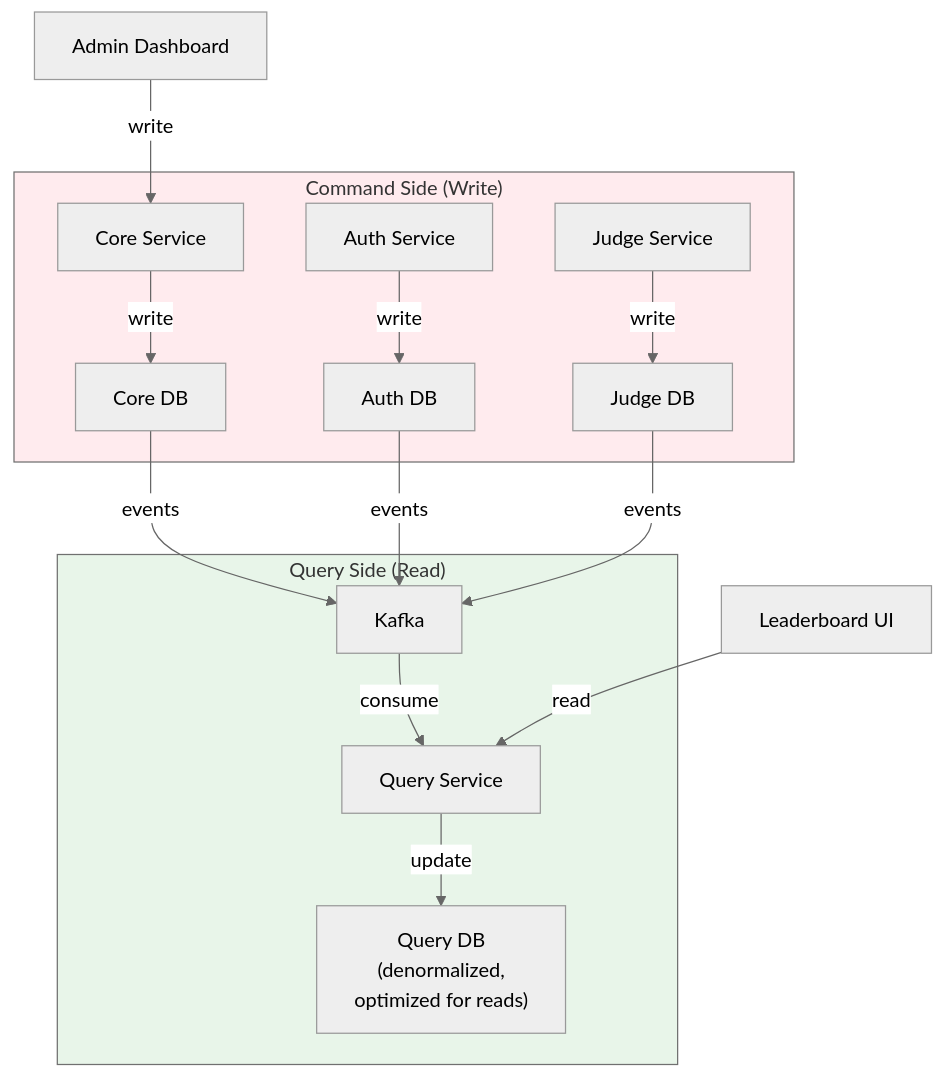
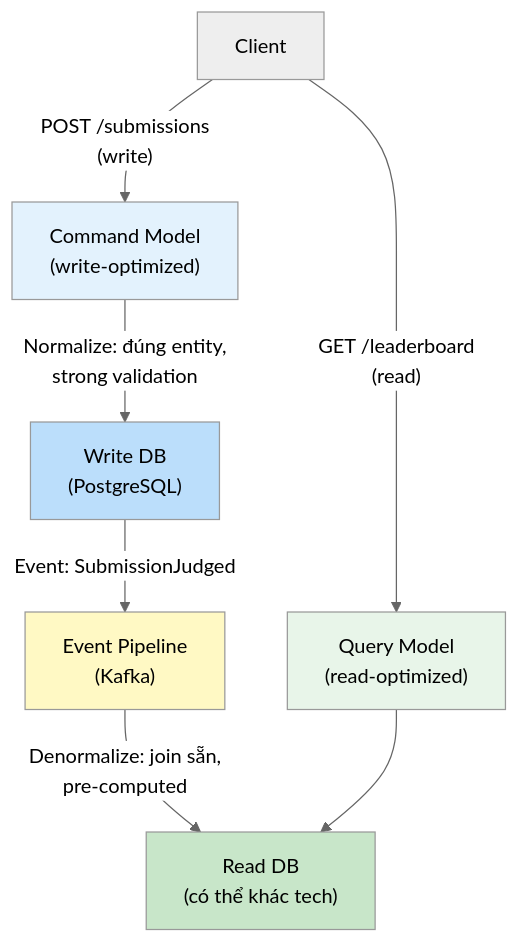
One commit to hungdn1701/ptit-microservice-textbook changed the seventh of 9 diagrams in manuscript/chapter-07.md. Above: the diagram before and after it, drawn with Mermaid (neutral theme). The commit also changed other lines of this file and 33 other files, not shown here.

````diff
--- a/manuscript/chapter-07.md
+++ b/manuscript/chapter-07.md
@@ -306,23 +291,20 @@
 ```mermaid
 graph TB
-    subgraph Command["Command Side (Write)"]
-        CS1["Core Service"] -->|"write"| DB1["Core DB"]
-        CS2["Auth Service"] -->|"write"| DB2["Auth DB"]
-        CS3["Judge Service"] -->|"write"| DB3["Judge DB"]
-    end
+    CLIENT["Client"] 
     
-    DB1 -->|"events"| K["Kafka"]
-    DB2 -->|"events"| K
-    DB3 -->|"events"| K
+    CLIENT -->|"POST /submissions\n(write)"| CMD["Command Model\n(write-optimized)"]
+    CLIENT -->|"GET /leaderboard\n(read)"| QRY["Query Model\n(read-optimized)"]
     
-    subgraph Query["Query Side (Read)"]
-        K -->|"consume"| QS["Query Service"]
-        QS -->|"update"| QDB["Query DB<br/>(denormalized,<br/>optimized for reads)"]
-    end
+    CMD -->|"Normalize: đúng entity,\nstrong validation"| WDB["Write DB\n(PostgreSQL)"]
     
-    Client1["Admin Dashboard"] -->|"write"| CS1
-    Client2["Leaderboard UI"] -->|"read"| QS
+    WDB -->|"Event: SubmissionJudged"| SYNC["Event Pipeline\n(Kafka)"]
+    SYNC -->|"Denormalize: join sẵn,\npre-computed"| RDB["Read DB\n(có thể khác tech)"]
     
-    style Command fill:#FFEBEE
-    style Query fill:#E8F5E9
+    QRY --> RDB
+    
+    style CMD fill:#E3F2FD
+    style QRY fill:#E8F5E9
+    style WDB fill:#BBDEFB
+    style RDB fill:#C8E6C9
+    style SYNC fill:#FFF9C4
 ```
````
